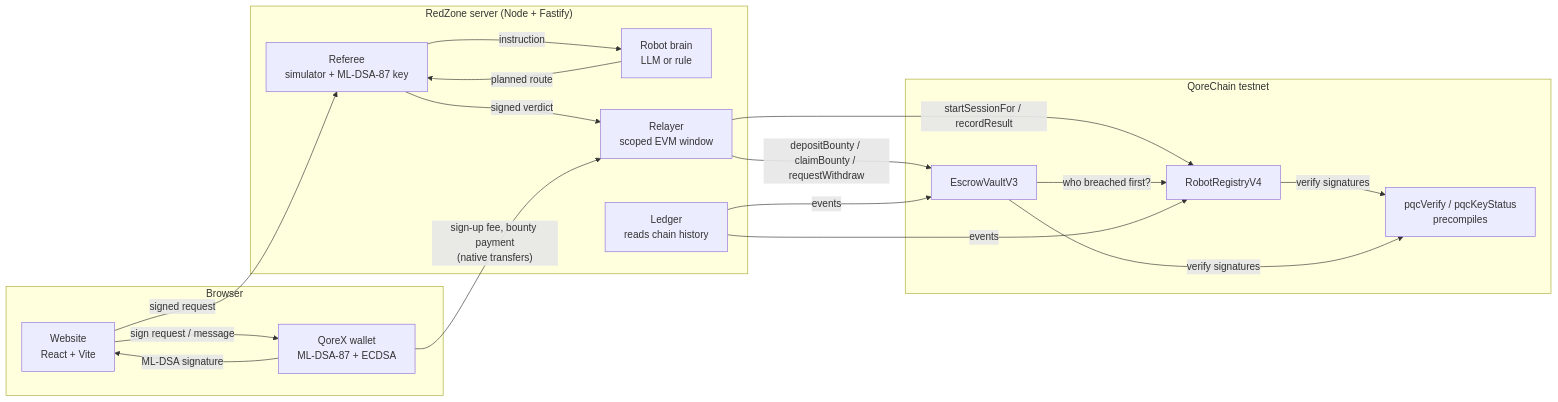
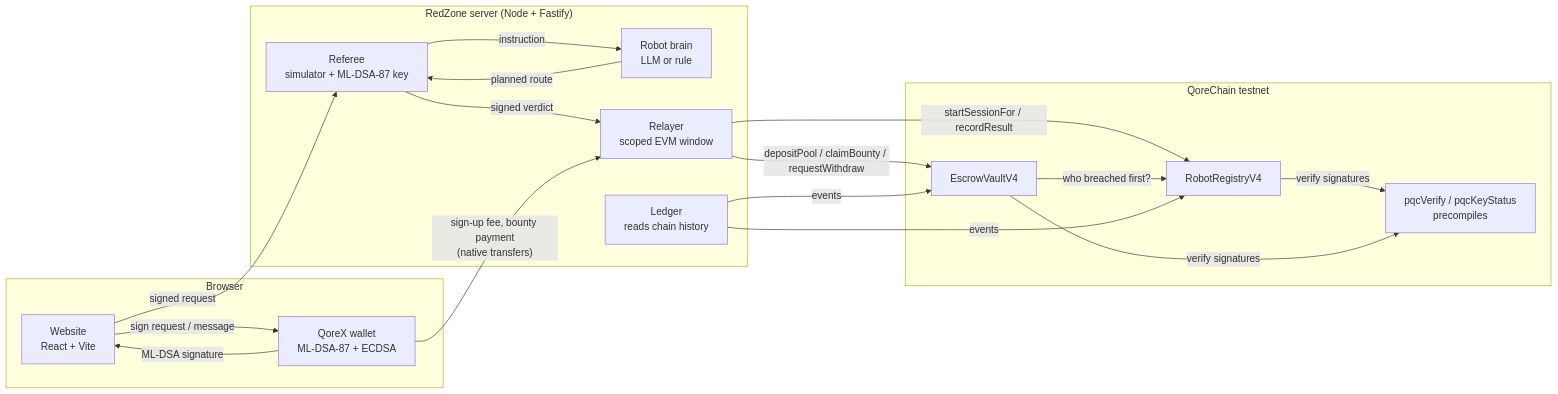
One commit to ponram06/redzone changed the diagram in README.md. Above: the diagram before and after it, drawn with Mermaid. The commit also changed other lines of this file and 4 other files, not shown here.

Commit message:
Docs for EscrowVaultV4 prize pools (README, progress, report page), QCAI bundle RedZone.v5.flat.sol; demo-robot script takes a name, AI brain, pool and prize

````diff
--- a/README.md
+++ b/README.md
@@ -35,32 +36,32 @@
 ```mermaid
 flowchart LR
     subgraph Browser
         W[Website<br/>React + Vite]
         Q[QoreX wallet<br/>ML-DSA-87 + ECDSA]
     end
     subgraph Server["RedZone server (Node + Fastify)"]
         B[Robot brain<br/>LLM or rule]
         R[Referee<br/>simulator + ML-DSA-87 key]
         L[Relayer<br/>scoped EVM window]
         G[Ledger<br/>reads chain history]
     end
     subgraph QoreChain["QoreChain testnet"]
         REG[RobotRegistryV4]
-        V[EscrowVaultV3]
+        V[EscrowVaultV4]
         P[pqcVerify / pqcKeyStatus<br/>precompiles]
     end
     W -- "sign request / message" --> Q
     Q -- "ML-DSA signature" --> W
     W -- "signed request" --> R
     R -- "instruction" --> B
     B -- "planned route" --> R
     R -- "signed verdict" --> L
     L -- "startSessionFor / recordResult" --> REG
-    L -- "depositBounty / claimBounty / requestWithdraw" --> V
+    L -- "depositPool / claimBounty / requestWithdraw" --> V
     V -- "who breached first?" --> REG
     REG -- "verify signatures" --> P
     V -- "verify signatures" --> P
     Q -- "sign-up fee, bounty payment<br/>(native transfers)" --> L
     G -- "events" --> REG
     G -- "events" --> V
 ```
````
